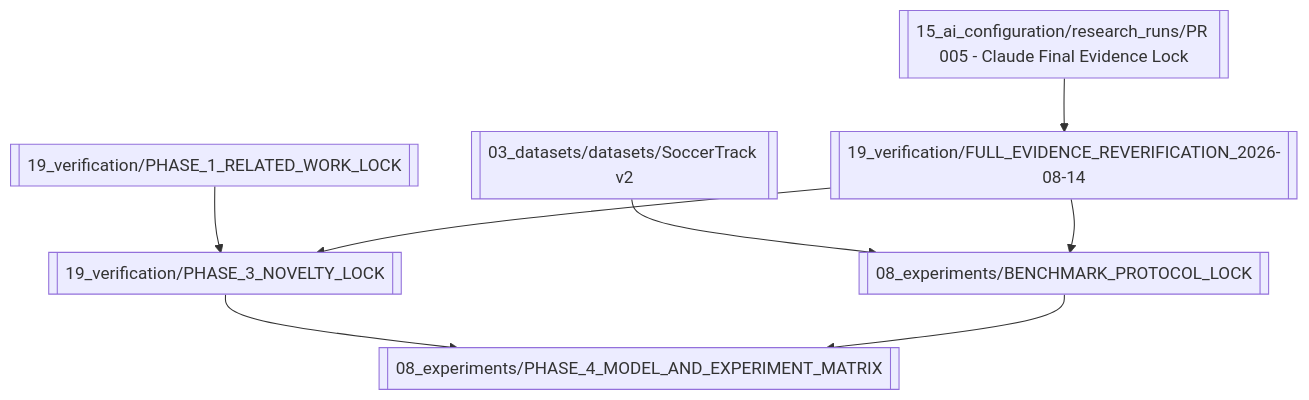
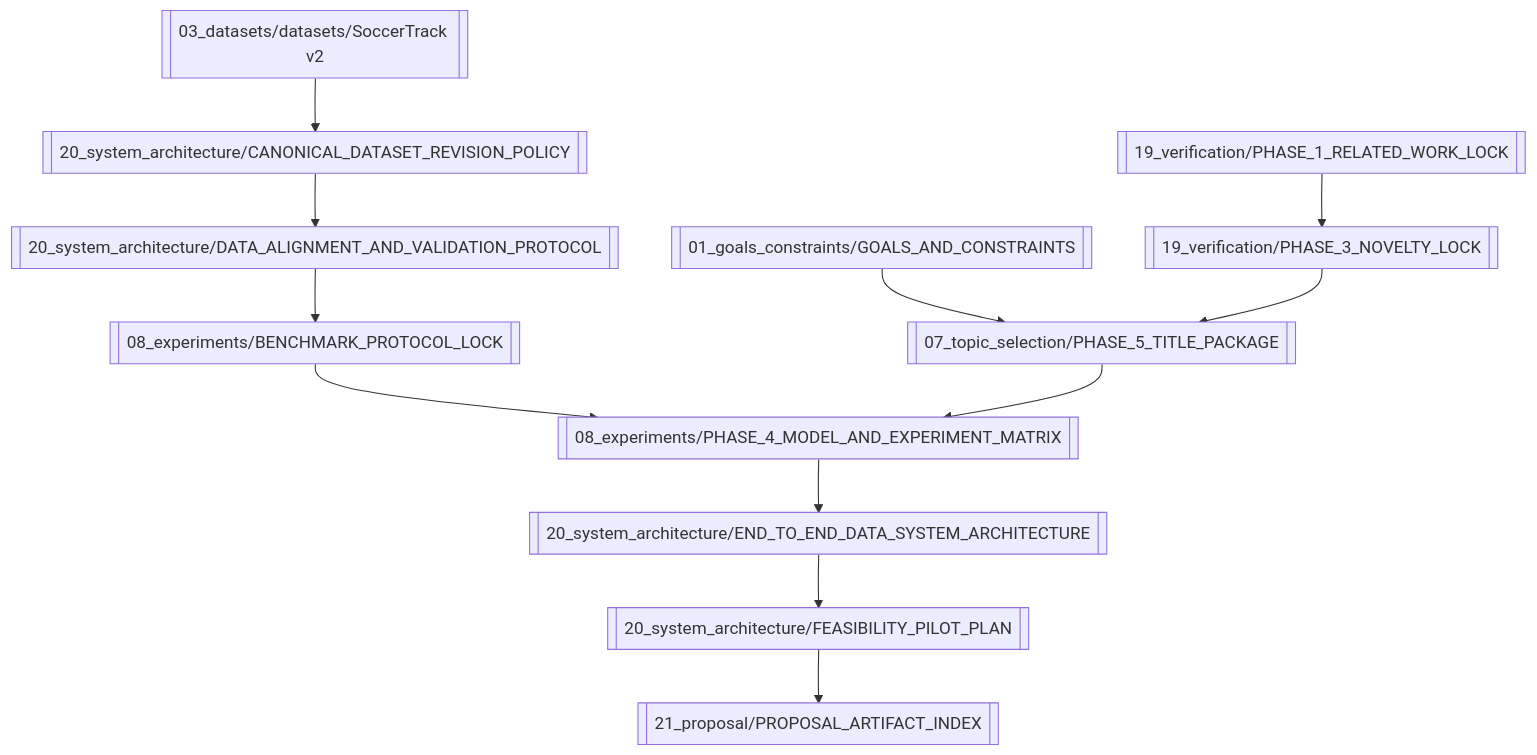
One commit to Disa44ay/Thesis_Research_Project changed the diagram in KNOWLEDGE_GRAPH.md. Above: the diagram before and after it, drawn with Mermaid. The commit also changed other lines of this file and 37 other files, not shown here.

Commit message:
feat: add Thesis Research Project Release 04 execution ready proposal and feasibility

````diff
--- a/KNOWLEDGE_GRAPH.md
+++ b/KNOWLEDGE_GRAPH.md
@@ -10,10 +10,14 @@
 ```mermaid
 flowchart TD
+    C[[01_goals_constraints/GOALS_AND_CONSTRAINTS]] --> F[[07_topic_selection/PHASE_5_TITLE_PACKAGE]]
     L[[19_verification/PHASE_1_RELATED_WORK_LOCK]] --> N[[19_verification/PHASE_3_NOVELTY_LOCK]]
-    D[[03_datasets/datasets/SoccerTrack v2]] --> B[[08_experiments/BENCHMARK_PROTOCOL_LOCK]]
-    N --> M[[08_experiments/PHASE_4_MODEL_AND_EXPERIMENT_MATRIX]]
-    B --> M
-    V[[19_verification/FULL_EVIDENCE_REVERIFICATION_2026-08-14]] --> N
-    V --> B
-    P[[15_ai_configuration/research_runs/PR 005 - Claude Final Evidence Lock]] --> V
+    N --> F
+    D[[03_datasets/datasets/SoccerTrack v2]] --> Q[[20_system_architecture/CANONICAL_DATASET_REVISION_POLICY]]
+    Q --> A[[20_system_architecture/DATA_ALIGNMENT_AND_VALIDATION_PROTOCOL]]
+    A --> B[[08_experiments/BENCHMARK_PROTOCOL_LOCK]]
+    B --> M[[08_experiments/PHASE_4_MODEL_AND_EXPERIMENT_MATRIX]]
+    F --> M
+    M --> S[[20_system_architecture/END_TO_END_DATA_SYSTEM_ARCHITECTURE]]
+    S --> P[[20_system_architecture/FEASIBILITY_PILOT_PLAN]]
+    P --> R[[21_proposal/PROPOSAL_ARTIFACT_INDEX]]
 ```
````
